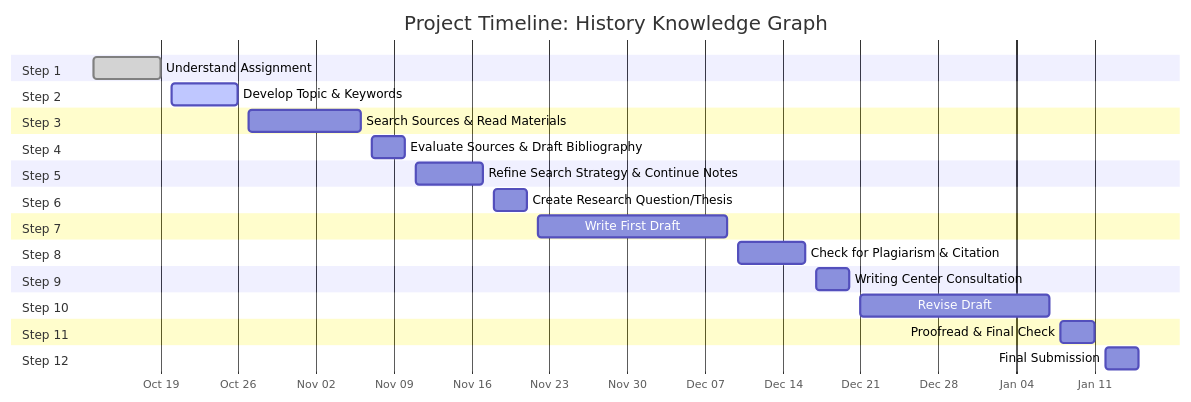
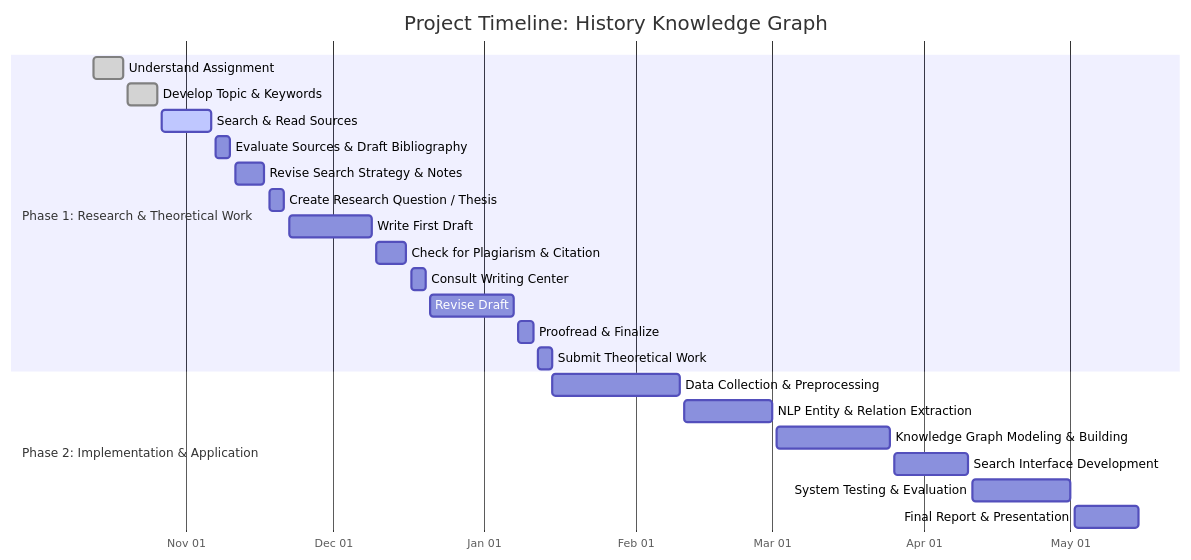
Before and after one commit to Mohammad-ALADDASI/ChronoLearn: the diagram in README.md, drawn with Mermaid. The commit also changed other lines of this file, not shown here.

````diff
--- a/README.md
+++ b/README.md
@@ -64,42 +62,29 @@
 ```mermaid
 gantt
     title Project Timeline: History Knowledge Graph
     dateFormat  YYYY-MM-DD
     axisFormat  %b %d
 
-    section Step 1
-    Understand Assignment            :done, s1, 2025-10-13, 2025-10-19
+    section Phase 1: Research & Theoretical Work
+    Understand Assignment               :done, s1, 2025-10-13, 2025-10-19
+    Develop Topic & Keywords             :done, s2, 2025-10-20, 2025-10-26
+    Search & Read Sources                :active, s3, 2025-10-27, 2025-11-06
+    Evaluate Sources & Draft Bibliography :s4, 2025-11-07, 2025-11-10
+    Revise Search Strategy & Notes       :s5, 2025-11-11, 2025-11-17
+    Create Research Question / Thesis    :s6, 2025-11-18, 2025-11-21
+    Write First Draft                    :s7, 2025-11-22, 2025-12-09
+    Check for Plagiarism & Citation      :s8, 2025-12-10, 2025-12-16
+    Consult Writing Center               :s9, 2025-12-17, 2025-12-20
+    Revise Draft                         :s10, 2025-12-21, 2026-01-07
+    Proofread & Finalize                 :s11, 2026-01-08, 2026-01-11
+    Submit Theoretical Work              :s12, 2026-01-12, 2026-01-15
 
-    section Step 2
-    Develop Topic & Keywords          :active, s2, 2025-10-20, 2025-10-26
+    section Phase 2: Implementation & Application
+    Data Collection & Preprocessing      :s13, 2026-01-15, 2026-02-10
+    NLP Entity & Relation Extraction     :s14, 2026-02-11, 2026-03-01
+    Knowledge Graph Modeling & Building  :s15, 2026-03-02, 2026-03-25
+    Search Interface Development         :s16, 2026-03-26, 2026-04-10
+    System Testing & Evaluation          :s17, 2026-04-11, 2026-05-01
+    Final Report & Presentation          :s18, 2026-05-02, 2026-05-15
 
-    section Step 3
-    Search Sources & Read Materials   :s3, 2025-10-27, 2025-11-06
-
-    section Step 4
-    Evaluate Sources & Draft Bibliography :s4, 2025-11-07, 2025-11-10
-
-    section Step 5
-    Refine Search Strategy & Continue Notes :s5, 2025-11-11, 2025-11-17
-
-    section Step 6
-    Create Research Question/Thesis   :s6, 2025-11-18, 2025-11-21
-
-    section Step 7
-    Write First Draft                 :s7, 2025-11-22, 2025-12-09
-
-    section Step 8
-    Check for Plagiarism & Citation   :s8, 2025-12-10, 2025-12-16
-
-    section Step 9
-    Writing Center Consultation       :s9, 2025-12-17, 2025-12-20
-
-    section Step 10
-    Revise Draft                      :s10, 2025-12-21, 2026-01-07
-
-    section Step 11
-    Proofread & Final Check           :s11, 2026-01-08, 2026-01-11
-
-    section Step 12
-    Final Submission                  :s12, 2026-01-12, 2026-01-15
 ```
````
